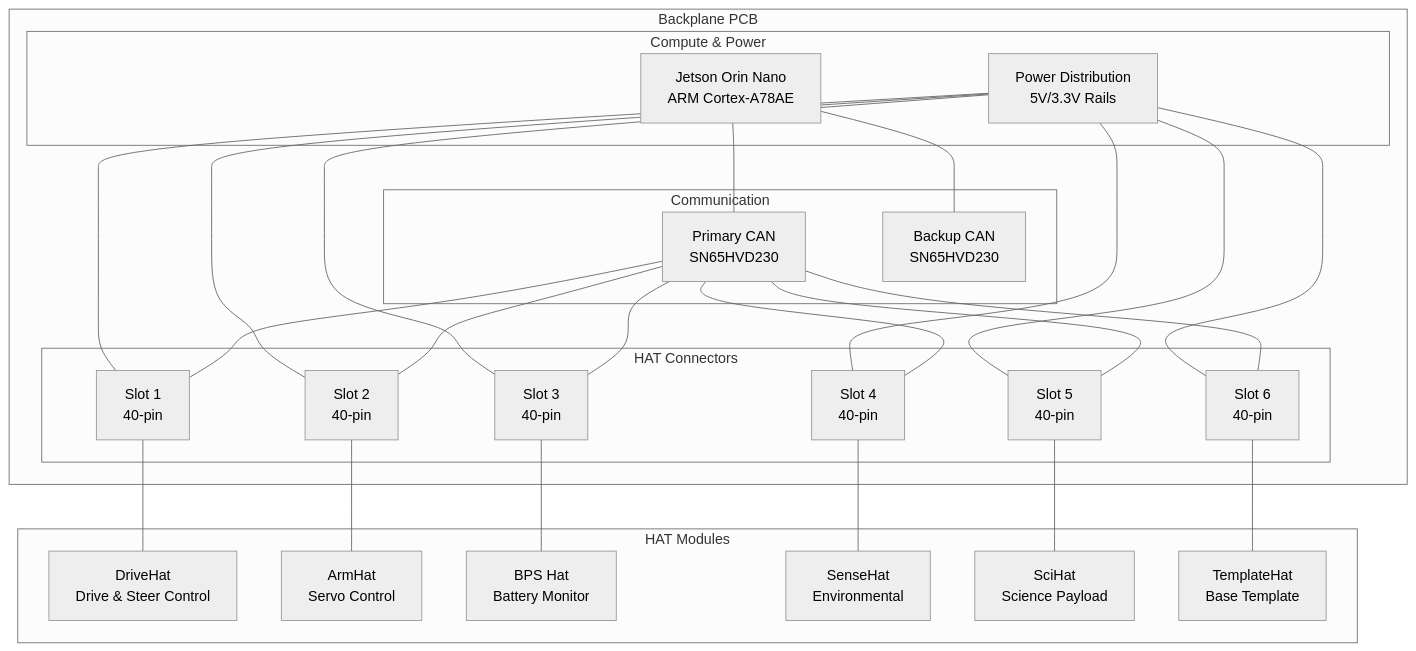
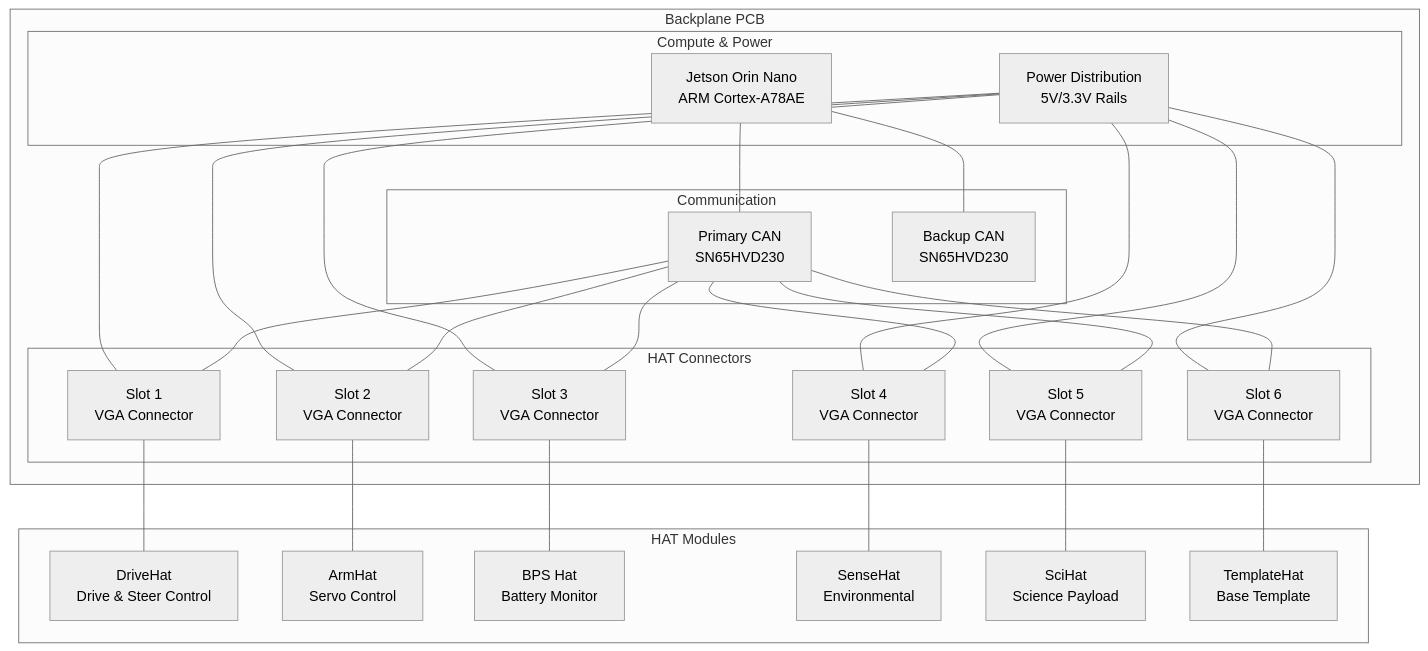
Before and after one commit to AryanRai/SIRI-Elec: the second of 3 diagrams in README.md, drawn with Mermaid (neutral theme). The commit also changed other lines of this file and 7 other files, not shown here.

````diff
--- a/README.md
+++ b/README.md
@@ -136,56 +136,56 @@
 ```mermaid
 graph TB
     subgraph "Backplane PCB"
         subgraph "Compute & Power"
             Jetson[Jetson Orin Nano<br/>ARM Cortex-A78AE]
             PowerDist[Power Distribution<br/>5V/3.3V Rails]
         end
         
         subgraph "Communication"
             CAN_Primary[Primary CAN<br/>SN65HVD230]
             CAN_Backup[Backup CAN<br/>SN65HVD230]
         end
         
         subgraph "HAT Connectors"
-            Slot1[Slot 1<br/>40-pin]
-            Slot2[Slot 2<br/>40-pin]
-            Slot3[Slot 3<br/>40-pin]
-            Slot4[Slot 4<br/>40-pin]
-            Slot5[Slot 5<br/>40-pin]
-            Slot6[Slot 6<br/>40-pin]
+            Slot1[Slot 1<br/>VGA Connector]
+            Slot2[Slot 2<br/>VGA Connector]
+            Slot3[Slot 3<br/>VGA Connector]
+            Slot4[Slot 4<br/>VGA Connector]
+            Slot5[Slot 5<br/>VGA Connector]
+            Slot6[Slot 6<br/>VGA Connector]
         end
     end
     
     subgraph "HAT Modules"
         DriveCard[DriveHat<br/>Drive & Steer Control]
         ArmCard[ArmHat<br/>Servo Control]
         BPSCard[BPS Hat<br/>Battery Monitor]
         SenseCard[SenseHat<br/>Environmental]
         SciCard[SciHat<br/>Science Payload]
         TemplateCard[TemplateHat<br/>Base Template]
     end
     
     Jetson --- CAN_Primary
     Jetson --- CAN_Backup
     
     Slot1 --- DriveCard
     Slot2 --- ArmCard
     Slot3 --- BPSCard
     Slot4 --- SenseCard
     Slot5 --- SciCard
     Slot6 --- TemplateCard
     
     PowerDist --- Slot1
     PowerDist --- Slot2
     PowerDist --- Slot3
     PowerDist --- Slot4
     PowerDist --- Slot5
     PowerDist --- Slot6
     
     CAN_Primary --- Slot1
     CAN_Primary --- Slot2
     CAN_Primary --- Slot3
     CAN_Primary --- Slot4
     CAN_Primary --- Slot5
     CAN_Primary --- Slot6
 ```
````
